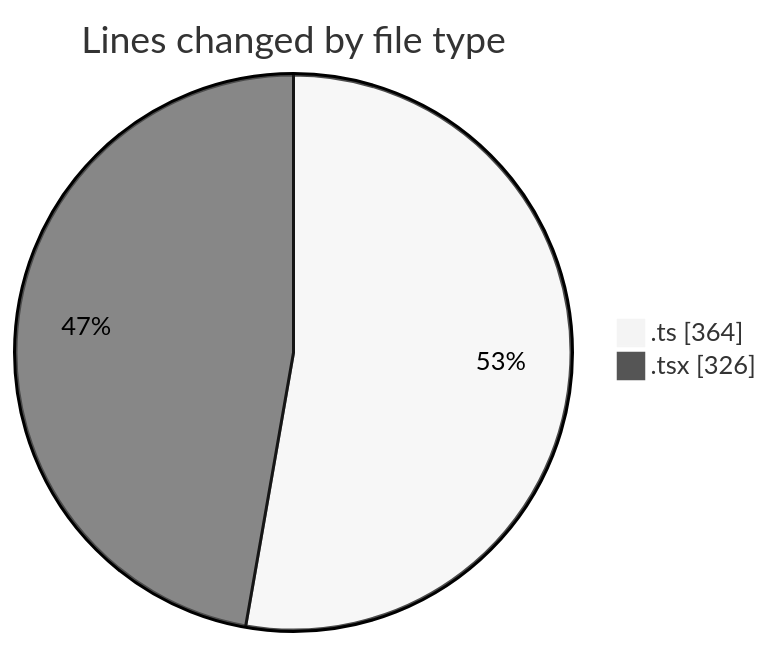
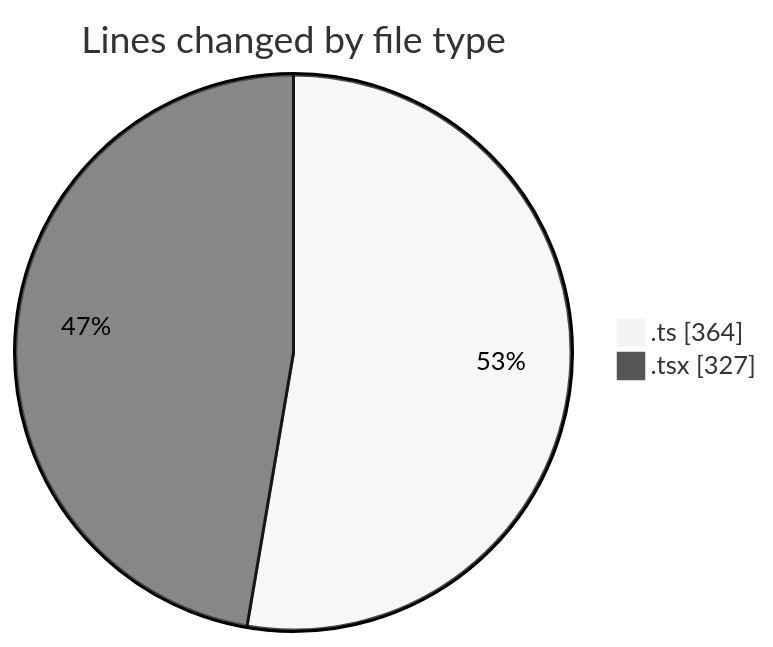
Before and after one commit to momahboobian/code-tracking: the first of 2 diagrams in 2025-09-02/cda/README.md, drawn with Mermaid (neutral theme). The commit also changed other lines of this file and 1 other file, not shown here.

````diff
--- a/2025-09-02/cda/README.md
+++ b/2025-09-02/cda/README.md
@@ -27,6 +27,6 @@
 ```mermaid
 pie showData
 title Lines changed by file type
 ".ts" : 364
-".tsx" : 326
+".tsx" : 327
 ```
````
